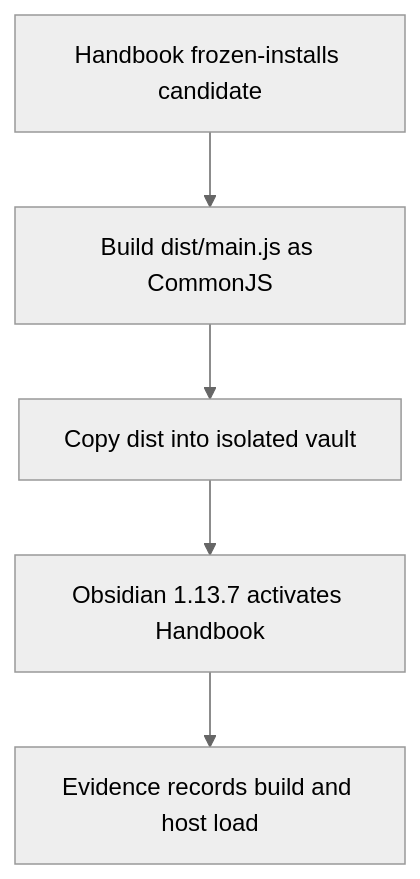
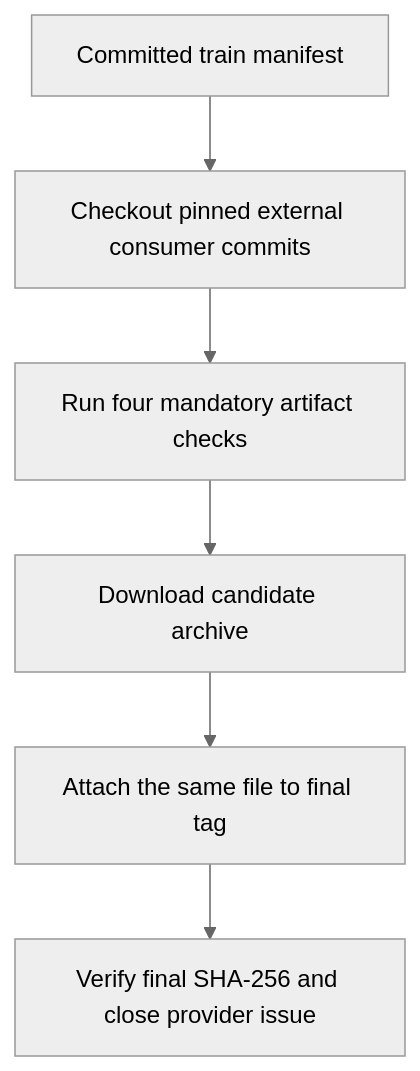
One commit to RebelliousSmile/schema-pbta changed the first of 2 diagrams in aidd_docs/tasks/2026_09/2026_09_25_commonjs_safe_browser_asset_export/phase-6.md. Above: the diagram before and after it, drawn with Mermaid (neutral theme). The commit also changed other lines of this file and 4 other files, not shown here.

````diff
--- a/aidd_docs/tasks/2026_09/2026_09_25_commonjs_safe_browser_asset_export/phase-6.md
+++ b/aidd_docs/tasks/2026_09/2026_09_25_commonjs_safe_browser_asset_export/phase-6.md
@@ -30,7 +19,8 @@
 ```mermaid
 flowchart TD
-  A[Handbook frozen-installs candidate] --> B[Build dist/main.js as CommonJS]
-  B --> C[Copy dist into isolated vault]
-  C --> D[Obsidian 1.13.7 activates Handbook]
-  D --> E[Evidence records build and host load]
+  A[Committed train manifest] --> B[Checkout pinned external consumer commits]
+  B --> C[Run four mandatory artifact checks]
+  C --> D[Download candidate archive]
+  D --> E[Attach the same file to final tag]
+  E --> F[Verify final SHA-256 and close provider issue]
 ```
````
